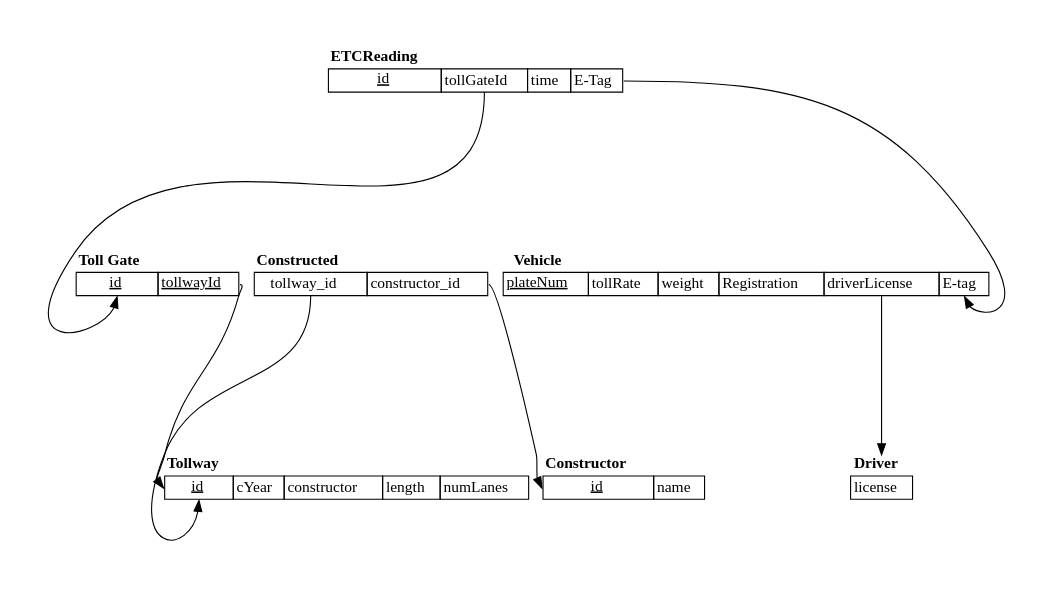
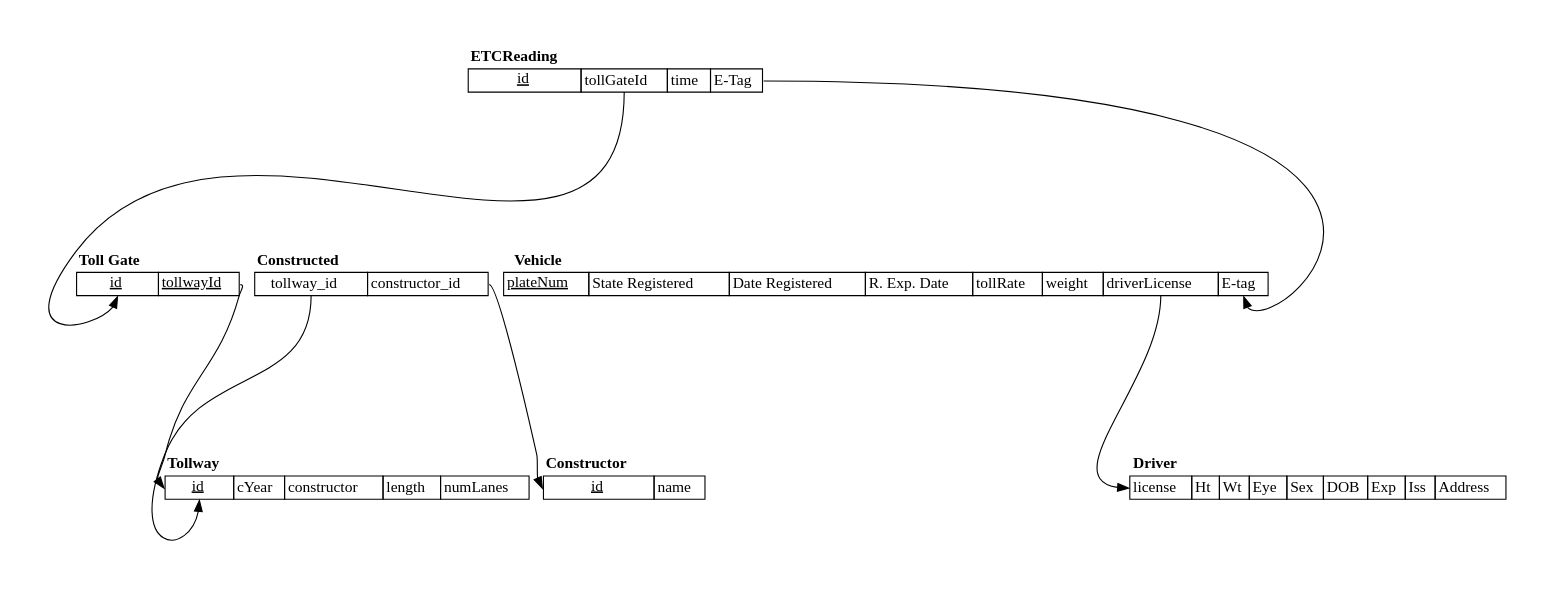
The diagram in Documents/schema.dot (Briaoeuidhtns/PA1), drawn with Graphviz before and after one commit. The commit also changed 1 other file, not shown here.

Commit message:
added attributes for driver and registration

```diff
--- a/Documents/schema.dot
+++ b/Documents/schema.dot
@@ -1,84 +1,94 @@
 digraph {
     graph [pad="0.5", nodesep=".2", ranksep="2"];
     node [shape=plain]
     rankdir=TB;
 
 tollway [rank=1 label=<
 <table border="0" cellborder="1" cellspacing="0">
   <tr><td BORDER="0"><b>Tollway</b></td></tr>
   <tr>
     <td port="id"><u>id</u></td>
     <td>cYear</td>
     <td>constructor</td>
     <td>length</td>
     <td>numLanes</td>
   </tr>
 </table>>];
 toll_gate:tw_id -> tollway:id
 
 toll_gate [rank=2 label=<
 <table border="0" cellborder="1" cellspacing="0">
   <tr><td BORDER="0"><b>Toll Gate</b></td></tr>
   <tr>
     <td port="id"><u>id</u></td>
     <td port="tw_id"><u>tollwayId</u></td>
   </tr>
 </table>>];
 
 etc_reading [rank=3 label=<
 <table border="0" cellborder="1" cellspacing="0">
   <tr><td BORDER="0"><b>ETCReading</b></td></tr>
   <tr>
     <td port="id"><u>id</u></td>
     <td port="tg_id">tollGateId</td>
     <td>time</td>
     <td port="tag">E-Tag</td>
   </tr>
 </table>>];
 etc_reading:tag -> vehicle:tag
 etc_reading:tg_id -> toll_gate:id
 
 constructor [rank=4 label=<
 <table border="0" cellborder="1" cellspacing="0">
   <tr><td BORDER="0"><b>Constructor</b></td></tr>
   <tr>
     <td port="id"><u>id</u></td>
     <td>name</td>
   </tr>
 </table>>];
 
 constructed [rank=5 label=<
 <table border="0" cellborder="1" cellspacing="0">
   <tr><td BORDER="0"><b>Constructed</b></td></tr>
   <tr>
     <td port="tw">tollway_id</td>
     <td port="cons">constructor_id</td>
   </tr>
 </table>>];
 constructed:cons -> constructor:id
 constructed:tw -> tollway:id
 
 vehicle [rank=6 label=<
 <table border="0" cellborder="1" cellspacing="0">
   <tr><td BORDER="0"><b>Vehicle</b></td></tr>
   <tr>
     <td><u>plateNum</u></td>
+    <td>State Registered</td>
+    <td>Date Registered</td>
+    <td>R. Exp. Date</td>
     <td>tollRate</td>
     <td>weight</td>
-    <td>Registration</td>
     <td port="dr_id">driverLicense</td>
     <td port="tag">E-tag</td>
   </tr>
 </table>>];
-vehicle:dr_id -> driver:license
+vehicle:dr_id -> driver:id
 
 
 driver [rank=7 label=<
 <table border="0" cellborder="1" cellspacing="0">
   <tr><td BORDER="0"><b>Driver</b></td></tr>
   <tr>
     <td port="id">license</td>
+    <td>Ht</td>
+    <td>Wt</td>
+    <td>Eye</td>
+    <td>Sex</td>
+    <td>DOB</td>
+    <td>Exp</td>
+    <td>Iss</td>
+    <td>Address</td>
   </tr>
 </table>>];
 
 }
```
